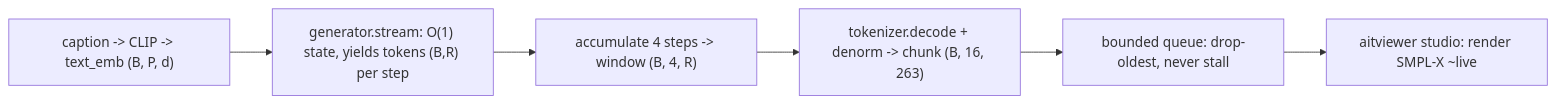
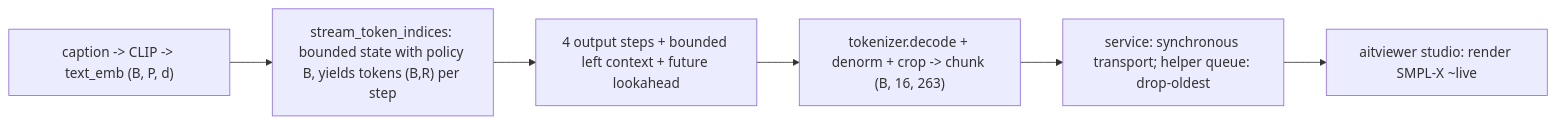
One commit to CatalinButacu/GenAI-Text2Motion changed the diagram in doc/notes/lessons/15-streaming-decode-and-demo.md. Above: the diagram before and after it, drawn with Mermaid. The commit also changed other lines of this file and 24 other files, not shown here.

````diff
--- a/doc/notes/lessons/15-streaming-decode-and-demo.md
+++ b/doc/notes/lessons/15-streaming-decode-and-demo.md
@@ -10,8 +7,8 @@
 ```mermaid
 flowchart LR
-  TXT["caption -> CLIP -> text_emb (B, P, d)"] --> GEN["generator.stream: O(1) state, yields tokens (B,R) per step"]
-  GEN --> WIN["accumulate 4 steps -> window (B, 4, R)"]
-  WIN --> DEC["tokenizer.decode + denorm -> chunk (B, 16, 263)"]
-  DEC --> Q["bounded queue: drop-oldest, never stall"]
+  TXT["caption -> CLIP -> text_emb (B, P, d)"] --> GEN["stream_token_indices: bounded state with policy B, yields tokens (B,R) per step"]
+  GEN --> WIN["4 output steps + bounded left context + future lookahead"]
+  WIN --> DEC["tokenizer.decode + denorm + crop -> chunk (B, 16, 263)"]
+  DEC --> Q["service: synchronous transport; helper queue: drop-oldest"]
   Q --> VIEW["aitviewer studio: render SMPL-X ~live"]
 ```
````
